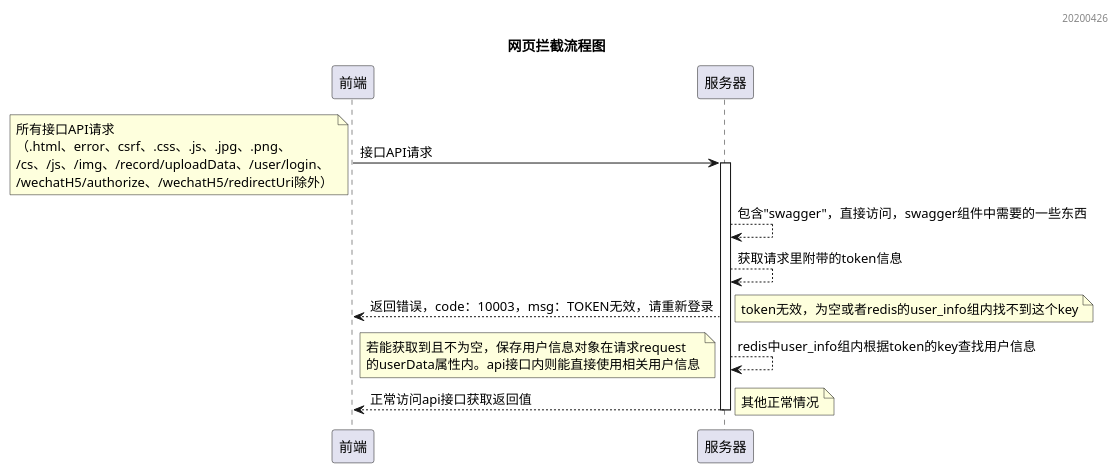
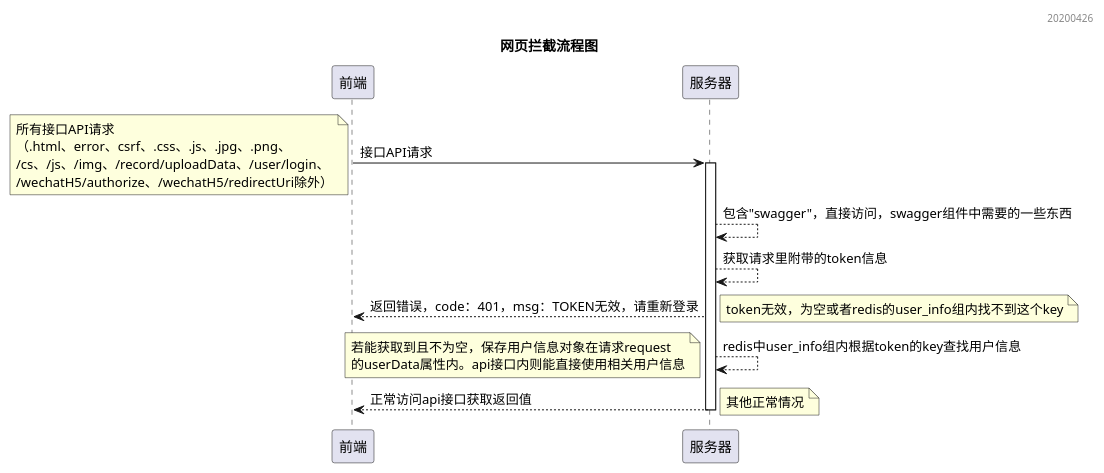
Before and after one commit to yuqiyich/chat_server: the diagram in puml/APIInterceptor.puml, drawn with PlantUML. The commit also changed 23 other files, not shown here.

```diff
--- a/puml/APIInterceptor.puml
+++ b/puml/APIInterceptor.puml
@@ -1,23 +1,23 @@
 @startuml
 
 header 20200426
 
 title 网页拦截流程图
 
 participant 前端
 participant 服务器
 
 前端 -> 服务器 : 接口API请求
 note left : 所有接口API请求\n（.html、error、csrf、.css、.js、.jpg、.png、\n/cs、/js、/img、/record/uploadData、/user/login、\n/wechatH5/authorize、/wechatH5/redirectUri除外）
 activate 服务器
 服务器 --> 服务器 : 包含"swagger"，直接访问，swagger组件中需要的一些东西
 服务器 --> 服务器 : 获取请求里附带的token信息
-服务器 --> 前端 : 返回错误，code：10003，msg：TOKEN无效，请重新登录
+服务器 --> 前端 : 返回错误，code：401，msg：TOKEN无效，请重新登录
 note right : token无效，为空或者redis的user_info组内找不到这个key
 服务器 --> 服务器 : redis中user_info组内根据token的key查找用户信息
 note left : 若能获取到且不为空，保存用户信息对象在请求request\n的userData属性内。api接口内则能直接使用相关用户信息
 服务器 --> 前端 : 正常访问api接口获取返回值
 note right : 其他正常情况
 deactivate 服务器
 
 @enduml
```
